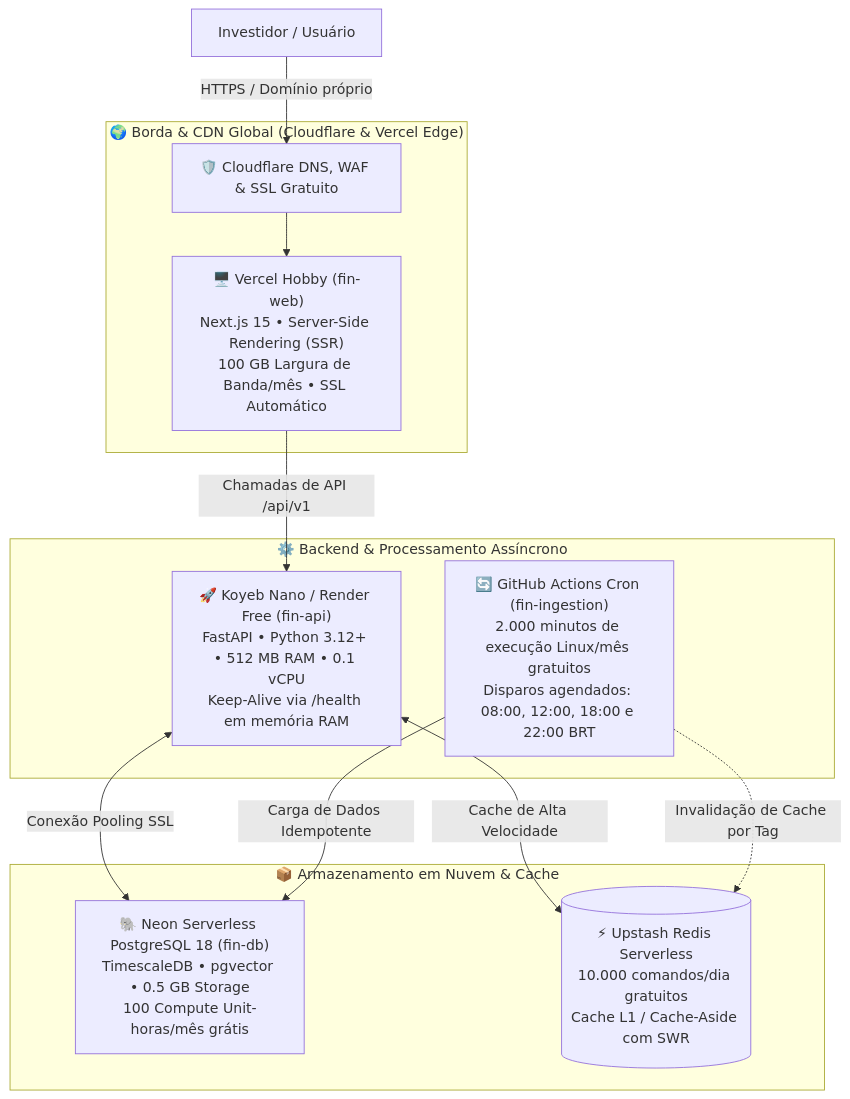
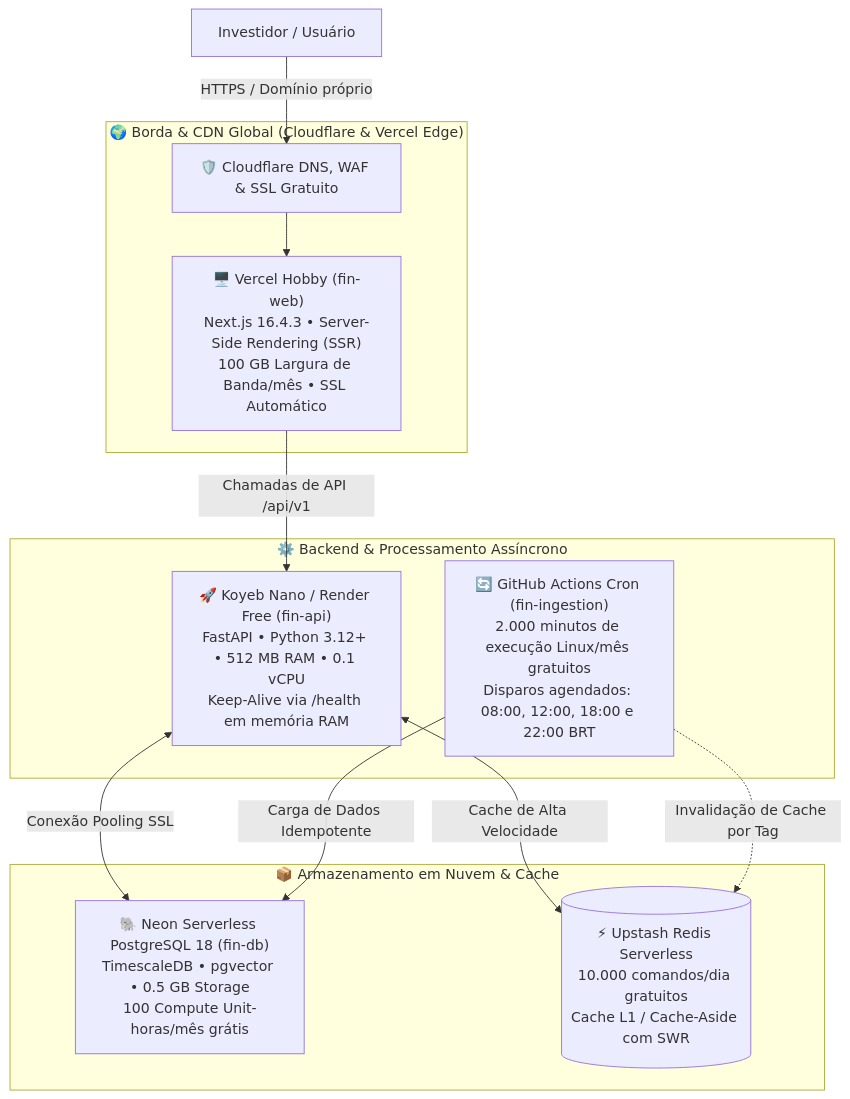
The diagram in 02_ARQUITETURA_E_SISTEMA/Deployment_Cloud_Gratuito_Zero_Cost.md (barrosrafa/fin-docs), drawn with Mermaid before and after one commit. The commit also changed other lines of this file and 10 other files, not shown here.

````diff
--- a/02_ARQUITETURA_E_SISTEMA/Deployment_Cloud_Gratuito_Zero_Cost.md
+++ b/02_ARQUITETURA_E_SISTEMA/Deployment_Cloud_Gratuito_Zero_Cost.md
@@ -16,26 +22,26 @@
 ```mermaid
 flowchart TD
     subgraph Edge["🌍 Borda & CDN Global (Cloudflare & Vercel Edge)"]
         CF["🛡️ Cloudflare DNS, WAF & SSL Gratuito"]
-        VERCEL["🖥️ Vercel Hobby (fin-web)<br/>Next.js 15 • Server-Side Rendering (SSR)<br/>100 GB Largura de Banda/mês • SSL Automático"]
+        VERCEL["🖥️ Vercel Hobby (fin-web)<br/>Next.js 16.4.3 • Server-Side Rendering (SSR)<br/>100 GB Largura de Banda/mês • SSL Automático"]
     end
 
     subgraph Compute["⚙️ Backend & Processamento Assíncrono"]
         KOYEB["🚀 Koyeb Nano / Render Free (fin-api)<br/>FastAPI • Python 3.12+ • 512 MB RAM • 0.1 vCPU<br/>Keep-Alive via /health em memória RAM"]
         GHA["🔄 GitHub Actions Cron (fin-ingestion)<br/>2.000 minutos de execução Linux/mês gratuitos<br/>Disparos agendados: 08:00, 12:00, 18:00 e 22:00 BRT"]
     end
 
     subgraph Data["📦 Armazenamento em Nuvem & Cache"]
         NEON["🐘 Neon Serverless PostgreSQL 18 (fin-db)<br/>TimescaleDB • pgvector • 0.5 GB Storage<br/>100 Compute Unit-horas/mês grátis"]
         UPSTASH[("⚡ Upstash Redis Serverless<br/>10.000 comandos/dia gratuitos<br/>Cache L1 / Cache-Aside com SWR")]
     end
 
     %% Relações
     USER["Investidor / Usuário"] -->|HTTPS / Domínio próprio| CF
     CF --> VERCEL
     VERCEL -->|Chamadas de API /api/v1| KOYEB
     KOYEB <-->|Cache de Alta Velocidade| UPSTASH
     KOYEB <-->|Conexão Pooling SSL| NEON
     GHA -->|Carga de Dados Idempotente| NEON
     GHA -.->|Invalidação de Cache por Tag| UPSTASH
 ```
````
